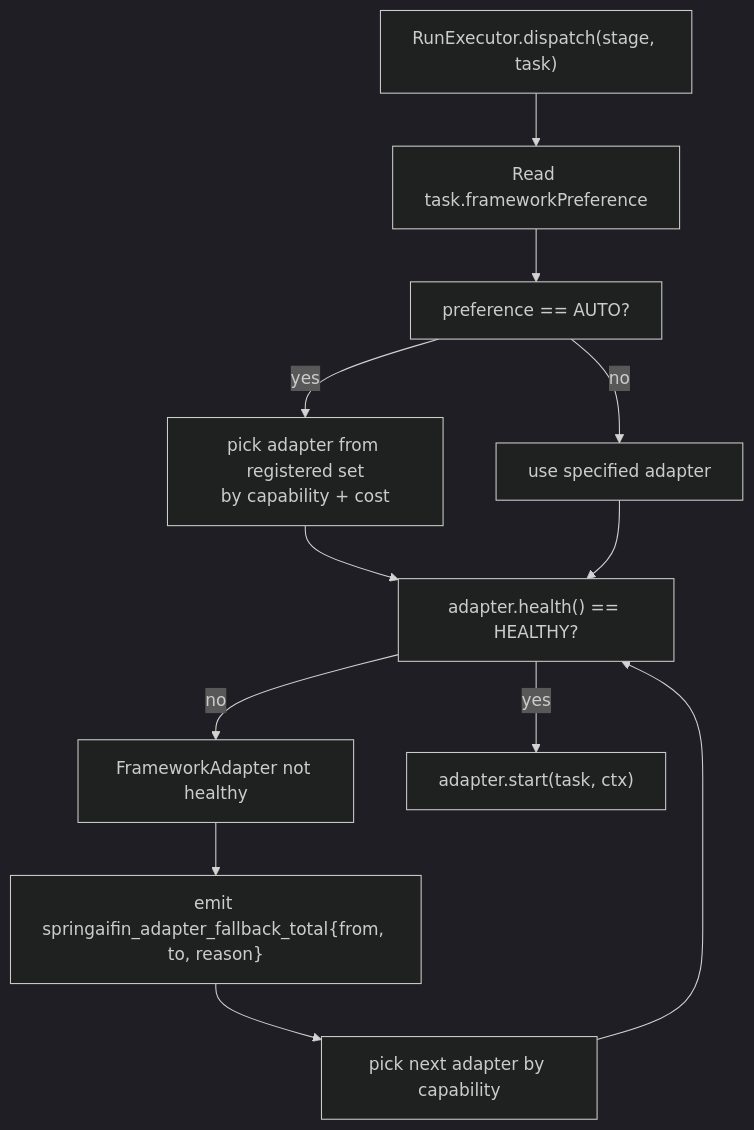
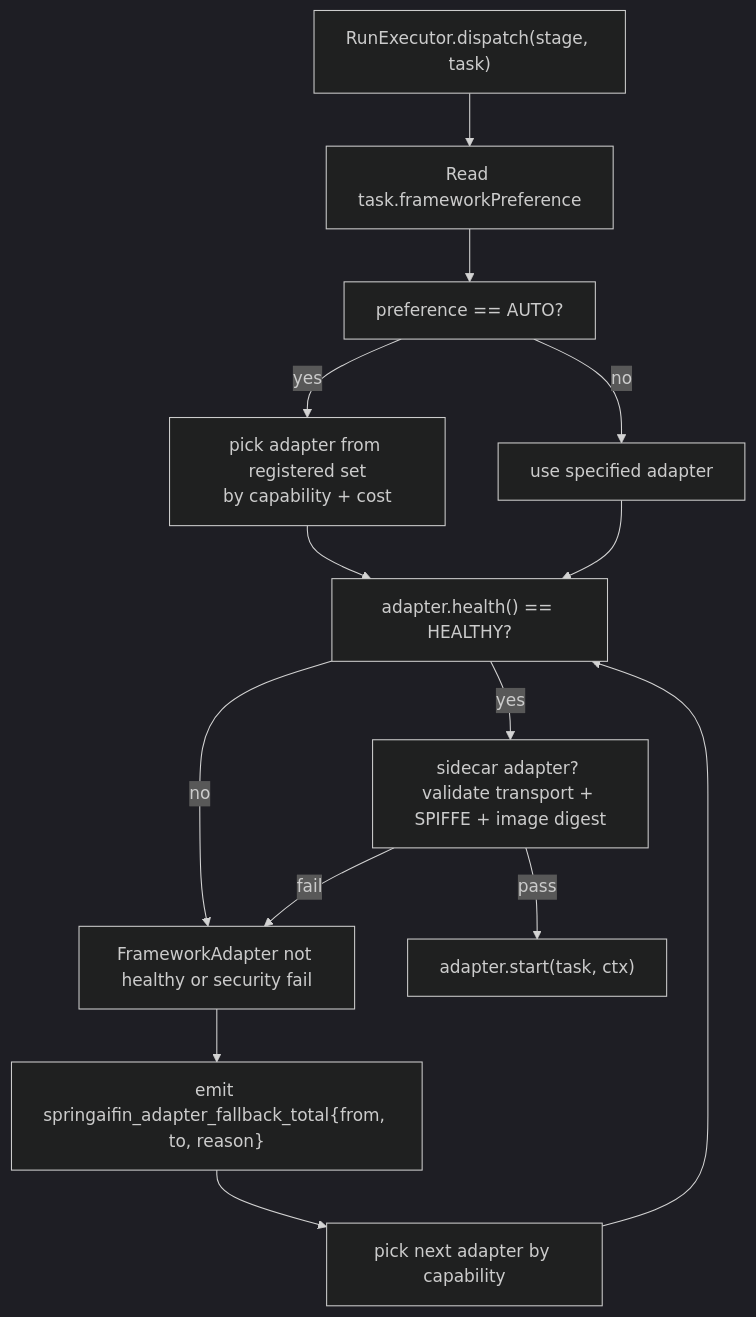
The diagram in agent-runtime/adapters/ARCHITECTURE.md (chaosxingxc-orion/spring-ai-fin), drawn with Mermaid (dark theme) before and after one commit. The commit also changed other lines of this file and 35 other files, not shown here.

````diff
--- a/agent-runtime/adapters/ARCHITECTURE.md
+++ b/agent-runtime/adapters/ARCHITECTURE.md
@@ -179,25 +267,28 @@
 ```mermaid
 flowchart TD
     START["RunExecutor.dispatch(stage, task)"]
     READ_PREF["Read task.frameworkPreference"]
     AUTO["preference == AUTO?"]
     PICK["pick adapter from registered set<br/>by capability + cost"]
     USE["use specified adapter"]
     HEALTH["adapter.health() == HEALTHY?"]
-    FALLBACK["FrameworkAdapter not healthy"]
+    SECCHK["sidecar adapter? validate transport + SPIFFE + image digest"]
+    FALLBACK["FrameworkAdapter not healthy or security fail"]
     DISPATCH["adapter.start(task, ctx)"]
     EMIT_FALLBACK["emit springaifin_adapter_fallback_total{from, to, reason}"]
     NEXT["pick next adapter by capability"]
 
     START --> READ_PREF
     READ_PREF --> AUTO
     AUTO -->|yes| PICK
     AUTO -->|no| USE
     PICK --> HEALTH
     USE --> HEALTH
+    HEALTH -->|yes| SECCHK
     HEALTH -->|no| FALLBACK
-    HEALTH -->|yes| DISPATCH
+    SECCHK -->|pass| DISPATCH
+    SECCHK -->|fail| FALLBACK
     FALLBACK --> EMIT_FALLBACK
     EMIT_FALLBACK --> NEXT
     NEXT --> HEALTH
 ```
````
